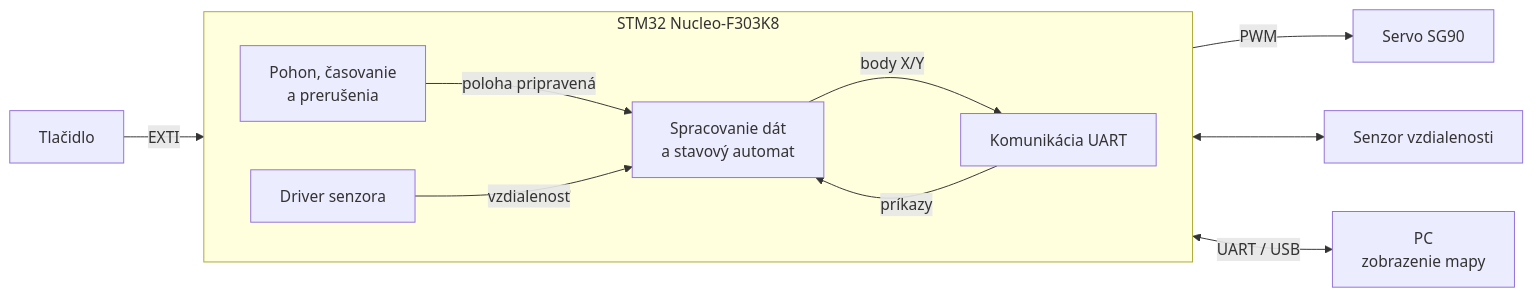
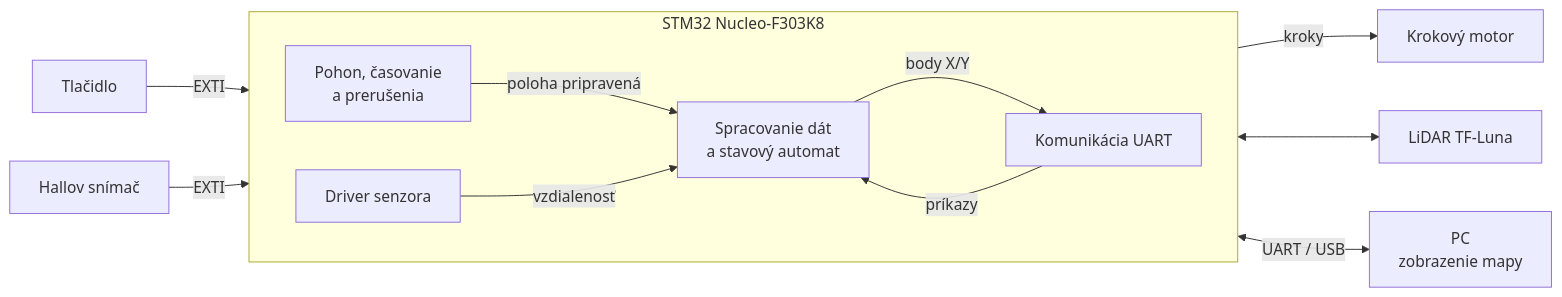
Before and after one commit to imrichD/2d-space-mapper: the diagram in README.md, drawn with Mermaid. The commit also changed other lines of this file, not shown here.

````diff
--- a/README.md
+++ b/README.md
@@ -36,24 +36,26 @@
 ```mermaid
 flowchart LR
     BTN[Tlačidlo]
-    SERVO[Servo SG90]
-    SENS[Senzor vzdialenosti]
+    MOTOR[Krokový motor]
+    HALL[Hallov snímač]
+    SENS[LiDAR TF-Luna]
     PC[PC<br/>zobrazenie mapy]
 
     subgraph STM[STM32 Nucleo-F303K8]
         direction LR
         IRQ[Pohon, časovanie<br/>a prerušenia]
         DRV[Driver senzora]
         PROC[Spracovanie dát<br/>a stavový automat]
         COMM[Komunikácia UART]
     end
 
     BTN -- EXTI --> IRQ
-    IRQ -- PWM --> SERVO
+    HALL -- EXTI --> IRQ
+    IRQ -- kroky --> MOTOR
     DRV <--> SENS
     IRQ -- poloha pripravená --> PROC
     DRV -- vzdialenosť --> PROC
     PROC -- body X/Y --> COMM
     COMM -- príkazy --> PROC
     COMM <-- UART / USB --> PC
 ```
````
